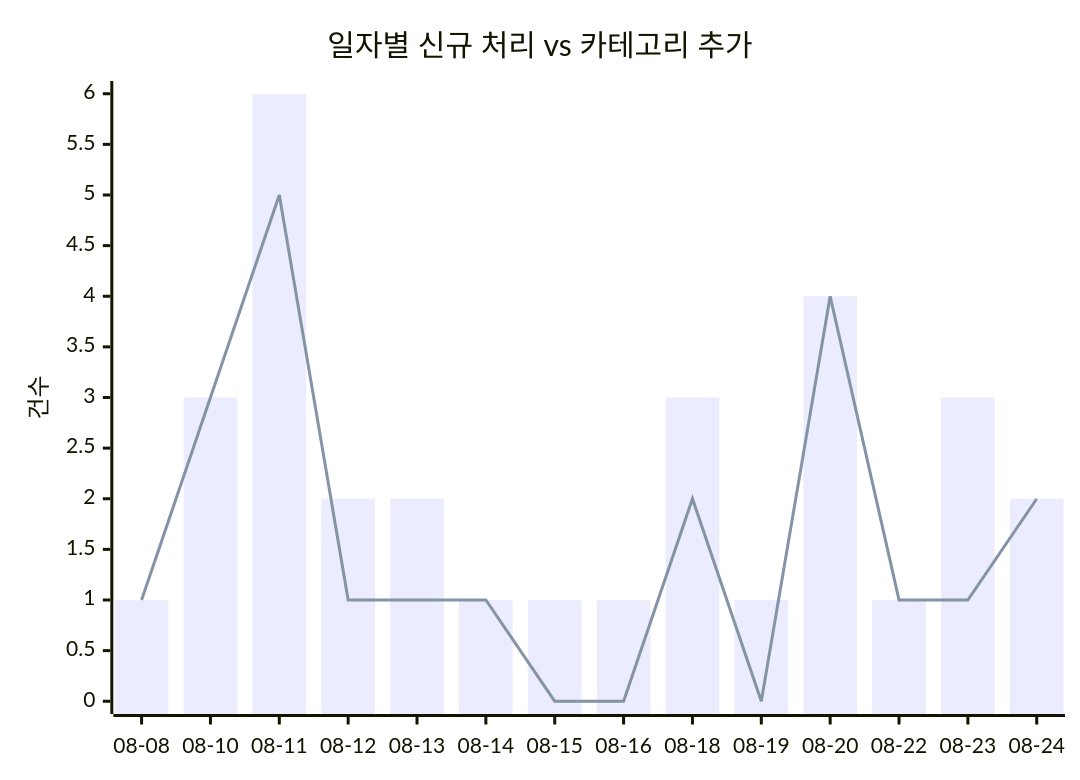
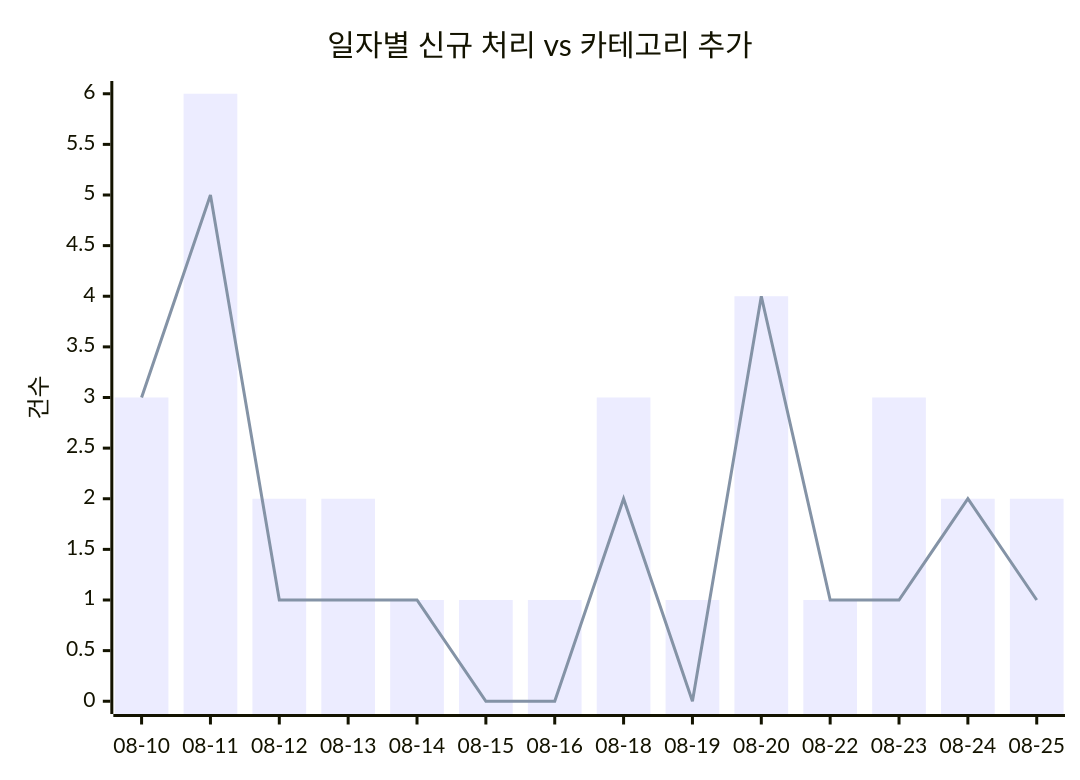
One commit to J-nowcow/awesome-korean-agent-skills changed the first of 2 diagrams in docs/trends.md. Above: the diagram before and after it, drawn with Mermaid. The commit also changed other lines of this file and 4 other files, not shown here.

````diff
--- a/docs/trends.md
+++ b/docs/trends.md
@@ -32,8 +32,8 @@
 ```mermaid
 xychart-beta
     title "일자별 신규 처리 vs 카테고리 추가"
-    x-axis ["08-08","08-10","08-11","08-12","08-13","08-14","08-15","08-16","08-18","08-19","08-20","08-22","08-23","08-24"]
+    x-axis ["08-10","08-11","08-12","08-13","08-14","08-15","08-16","08-18","08-19","08-20","08-22","08-23","08-24","08-25"]
     y-axis "건수"
-    bar [1,3,6,2,2,1,1,1,3,1,4,1,3,2]
-    line [1,3,5,1,1,1,0,0,2,0,4,1,1,2]
+    bar [3,6,2,2,1,1,1,3,1,4,1,3,2,2]
+    line [3,5,1,1,1,0,0,2,0,4,1,1,2,1]
 ```
````
